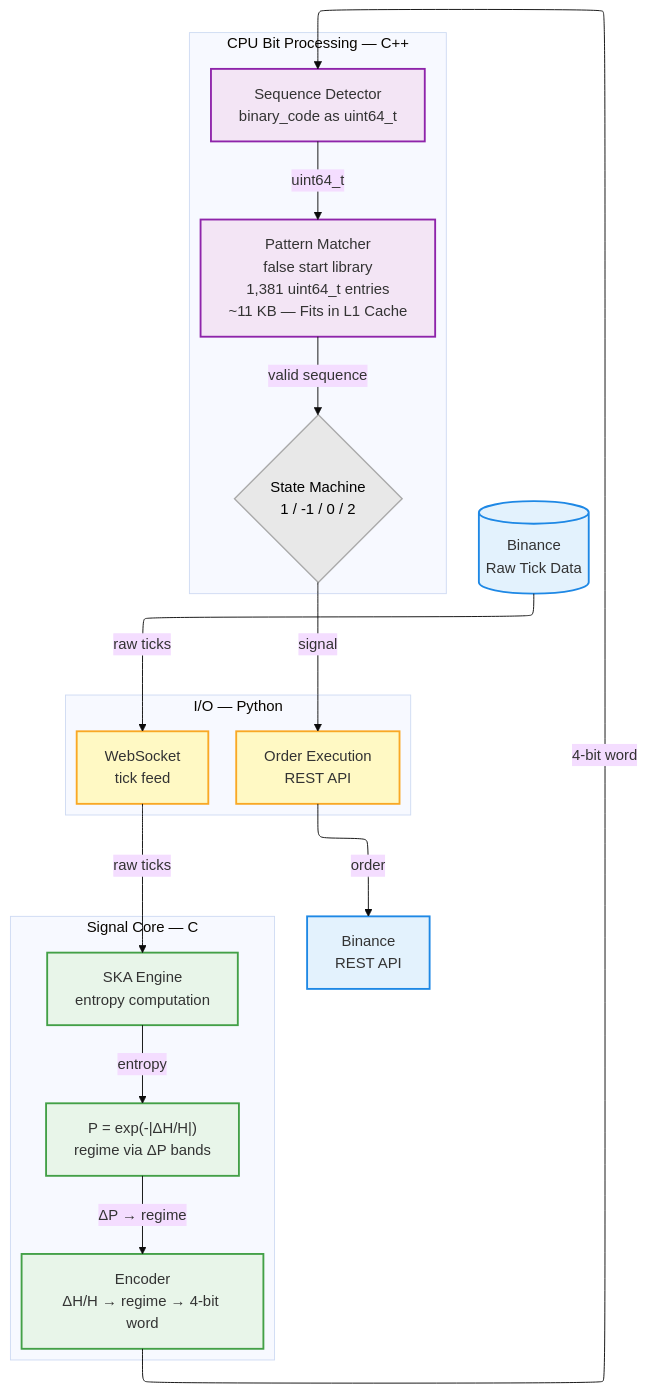
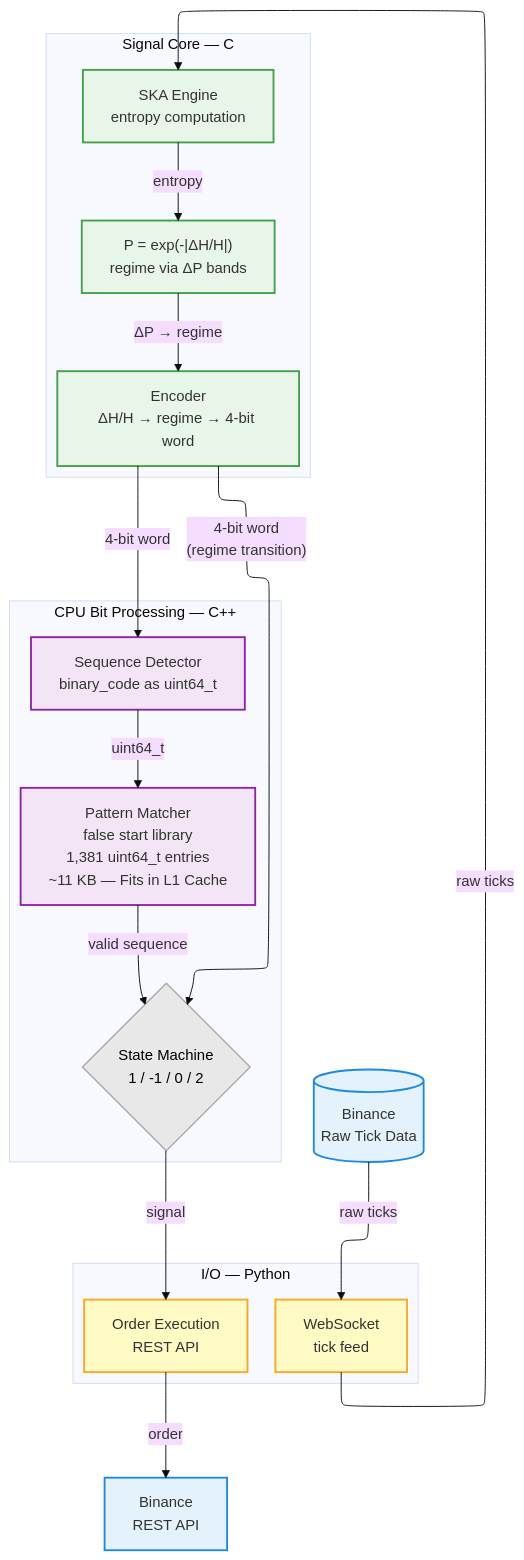
Before and after one commit to quantiota/SKA-quantitative-finance: the diagram in ska_engine_c/trading-bot_diagram.mmd, drawn with Mermaid.

```diff
--- a/ska_engine_c/trading-bot_diagram.mmd
+++ b/ska_engine_c/trading-bot_diagram.mmd
@@ -1,49 +1,50 @@
 ---
 config:
   look: classic
   theme: base
   layout: elk
 ---
 flowchart TB
  subgraph IO["I/O — Python"]
     direction TB
         WS["WebSocket\ntick feed"]
         ORDER["Order Execution\nREST API"]
   end
  subgraph SignalCore["Signal Core — C"]
     direction TB
         ENGINE["SKA Engine\nentropy computation"]
         P["P = exp(-|ΔH/H|)\nregime via ΔP bands"]
         ENC["Encoder\nΔH/H → regime → 4-bit word"]
   end
  subgraph BitProcessing["CPU Bit Processing — C++"]
     direction TB
         SEQ["Sequence Detector\nbinary_code as uint64_t"]
         PAT["Pattern Matcher\nfalse start library\n1,381 uint64_t entries\n~11 KB — Fits in L1 Cache"]  
         SM{"State Machine<br/>1 / -1 / 0 / 2"}
   end
     ENGINE -- entropy --> P
     P -- ΔP → regime --> ENC
     SEQ -- uint64_t --> PAT
     PAT -- valid sequence --> SM
     BINANCE[("Binance\nRaw Tick Data")] -- raw ticks --> WS
     WS -- raw ticks --> ENGINE
     ENC -- "4-bit word" --> SEQ
+    ENC -- "4-bit word\n(regime transition)" --> SM
     SM -- signal --> ORDER
     ORDER -- order --> EXCHANGE["Binance\nREST API"]
 
      BINANCE:::data
      EXCHANGE:::data
      WS:::io
      ORDER:::io
      ENGINE:::binary
      P:::binary
      ENC:::binary
      SEQ:::flow
      PAT:::flow
      SM:::signal
     classDef data     fill:#E3F2FD,stroke:#1E88E5,stroke-width:2px
     classDef binary   fill:#E8F5E9,stroke:#43A047,stroke-width:2px
     classDef flow     fill:#F3E5F5,stroke:#8E24AA,stroke-width:2px
     classDef io       fill:#FFF9C4,stroke:#F9A825,stroke-width:2px
     classDef signal   fill:#E8E8E8,stroke:#AAAAAA,color:#000,stroke-width:1.5px
```
